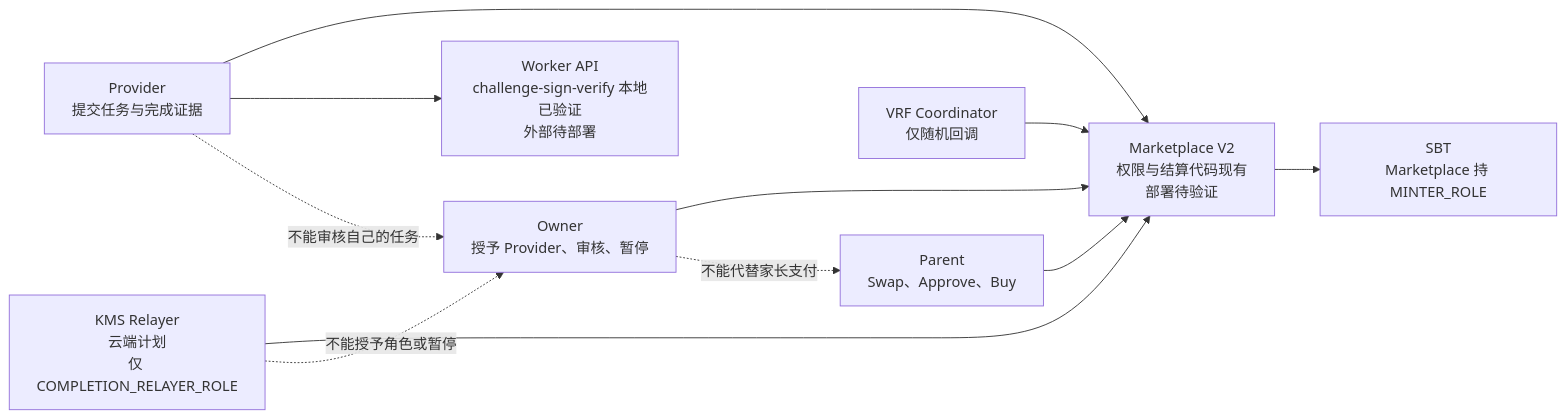
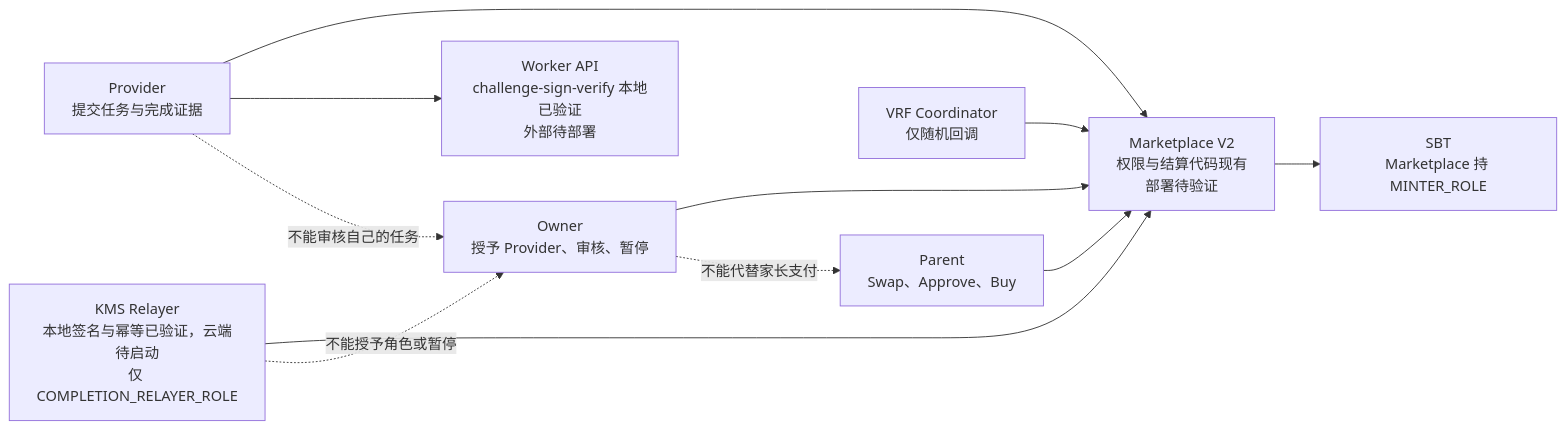
The seventh of 8 diagrams in docs/architecture/starbuddy-web3-architecture.mmd (Tiancheng-Xu/babysteps), drawn with Mermaid before and after one commit. The commit also changed other lines of this file and 4 other files, not shown here.

````diff
--- a/docs/architecture/starbuddy-web3-architecture.mmd
+++ b/docs/architecture/starbuddy-web3-architecture.mmd
@@ -176,14 +199,14 @@
 ```mermaid
 flowchart LR
     owner2["Owner<br/>授予 Provider、审核、暂停"] --> market["Marketplace V2<br/>权限与结算代码现有<br/>部署待验证"]
     provider2["Provider<br/>提交任务与完成证据"] --> market
     provider2 --> api["Worker API<br/>challenge-sign-verify 本地已验证<br/>外部待部署"]
     parent2["Parent<br/>Swap、Approve、Buy"] --> market
-    relayer2["KMS Relayer<br/>云端计划<br/>仅 COMPLETION_RELAYER_ROLE"] --> market
+    relayer2["KMS Relayer<br/>本地签名与幂等已验证，云端待启动<br/>仅 COMPLETION_RELAYER_ROLE"] --> market
     coordinator["VRF Coordinator<br/>仅随机回调"] --> market
     market --> sbt2["SBT<br/>Marketplace 持 MINTER_ROLE"]
 
     owner2 -. "不能代替家长支付" .-> parent2
     provider2 -. "不能审核自己的任务" .-> owner2
     relayer2 -. "不能授予角色或暂停" .-> owner2
 ```
````
